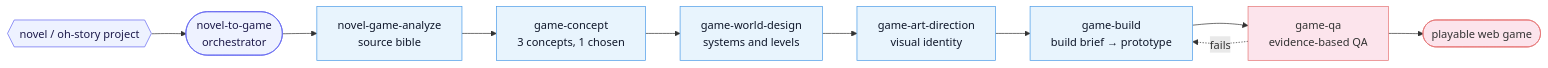
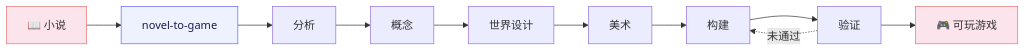
Before and after one commit to worldwonderer/novel-to-game: the diagram in README.md, drawn with Mermaid. The commit also changed other lines of this file and 3 other files, not shown here.

````diff
--- a/README.md
+++ b/README.md
@@ -25,22 +21,9 @@
 ```mermaid
 flowchart LR
-    classDef entry fill:#eef2ff,color:#1e1b4b,stroke:#6366f1,stroke-width:1px
-    classDef stage fill:#e8f4fd,color:#0f172a,stroke:#4a9be8,stroke-width:1px
-    classDef ship fill:#fce4ec,color:#333,stroke:#e57373,stroke-width:1px
+    classDef io fill:#fce4ec,color:#333,stroke:#e57373,stroke-width:1px
+    classDef orch fill:#eef2ff,color:#1e1b4b,stroke:#6366f1,stroke-width:1px
 
-    novel{{"novel / oh-story project"}}:::entry
-    orch(["novel-to-game<br/>orchestrator"]):::entry
-
-    a["novel-game-analyze<br/>source bible"]:::stage
-    c["game-concept<br/>3 concepts, 1 chosen"]:::stage
-    w["game-world-design<br/>systems and levels"]:::stage
-    art["game-art-direction<br/>visual identity"]:::stage
-    b["game-build<br/>build brief → prototype"]:::stage
-    qa["game-qa<br/>evidence-based QA"]:::ship
-
-    game(["playable web game"]):::ship
-
-    novel --> orch
-    orch --> a --> c --> w --> art --> b --> qa --> game
-    qa -.->|fails| b
+    novel["📖 小说"]:::io --> orch["novel-to-game"]:::orch
+    orch --> 分析 --> 概念 --> 世界设计 --> 美术 --> 构建 --> 验证 --> game["🎮 可玩游戏"]:::io
+    验证 -.->|未通过| 构建
 ```
````
